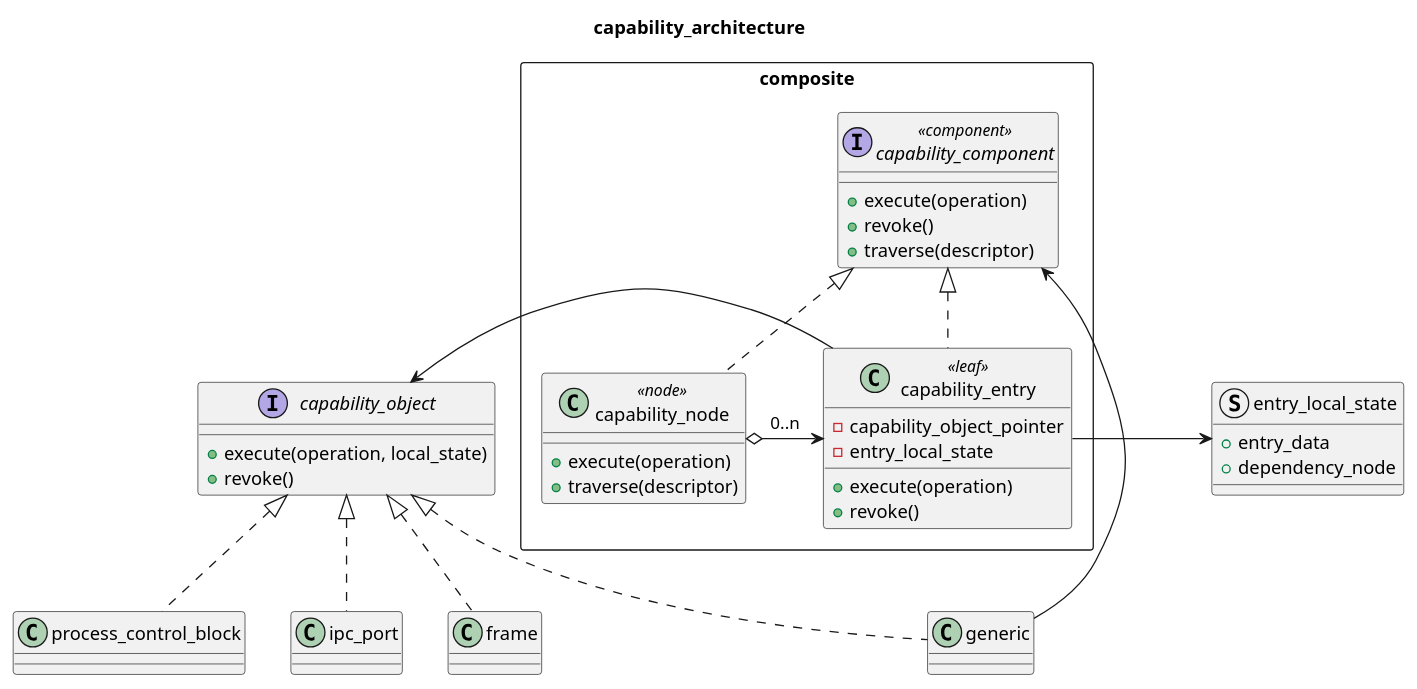
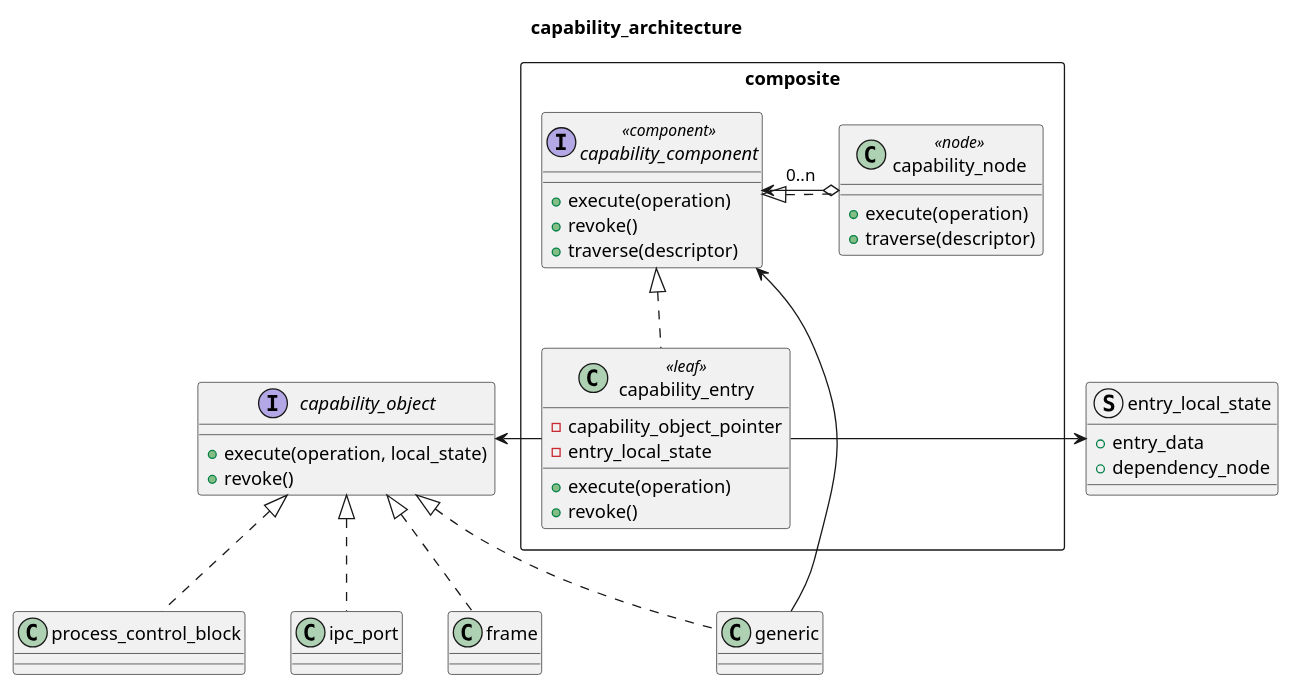
The diagram in doc/design/capability/capability_system.md (horizon2038/A9N), drawn with PlantUML before and after one commit. The commit also changed other lines of this file and 2 other files, not shown here.

Commit message:
[fix] capability_system.md

```diff
--- a/doc/design/capability/capability_system.md
+++ b/doc/design/capability/capability_system.md
@@ -3,73 +3,73 @@
 @startuml
 
 title capability_architecture
 
 rectangle composite {
 
     interface capability_component <<component>>
     {
         + execute(operation)
         + revoke()
         + traverse(descriptor)
     }
 
     class capability_entry <<leaf>>
     {
         - capability_object_pointer
         - entry_local_state
         + execute(operation)
         + revoke()
     }
 
     class capability_node <<node>>
     {
         + execute(operation)
         + traverse(descriptor)
     }
 
 }
 
 struct entry_local_state
 {
     + entry_data
     + dependency_node
 }
 
 capability_entry -> entry_local_state
 
 interface capability_object
 {
     + execute(operation, local_state)
     + revoke()
 }
 
 class generic
 {
 }
 
 class process_control_block
 {
 }
 
 class ipc_port
 {
 }
 
 class frame
 {
 }
 
 capability_node .u.|> capability_component
 capability_entry .u.|> capability_component
 
-capability_node o-r-> capability_entry : 0..n
+capability_node o-r-> capability_component : 0..n
 capability_object <-r- capability_entry
 
 generic .u.|> capability_object
 process_control_block .u.|> capability_object
 ipc_port .u.|> capability_object
 frame .u.|> capability_object
 
 generic -u-> capability_component
 
 @enduml
```
